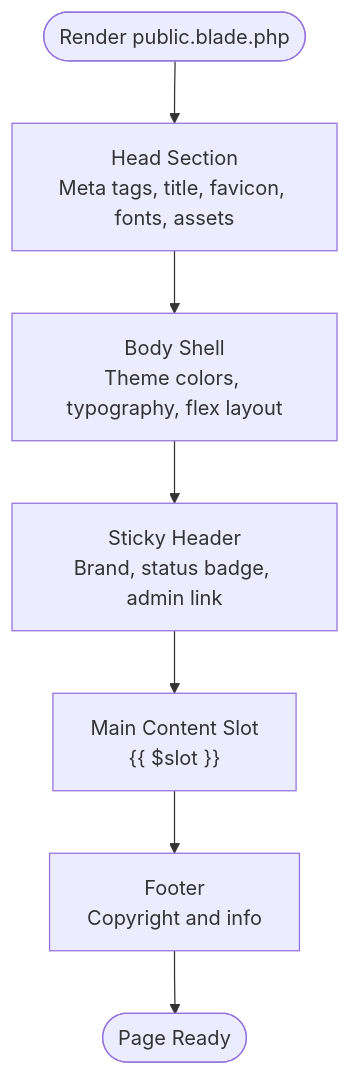
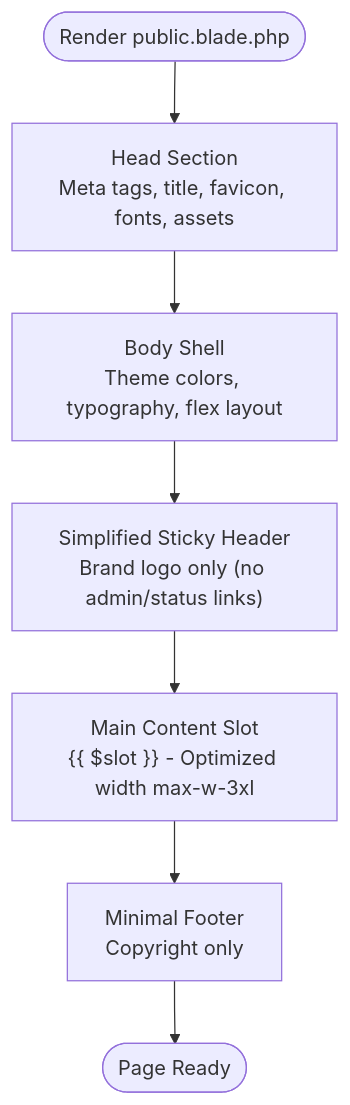
Before and after one commit to Dikksap/laravel_RsvHelmet: the third of 8 diagrams in .qoder/repowiki/en/content/Frontend Components/Blade Templates/Layout System.md, drawn with Mermaid. The commit also changed other lines of this file and 102 other files, not shown here.

````diff
--- a/.qoder/repowiki/en/content/Frontend Components/Blade Templates/Layout System.md
+++ b/.qoder/repowiki/en/content/Frontend Components/Blade Templates/Layout System.md
@@ -141,9 +151,9 @@
 ```mermaid
 flowchart TD
 Start(["Render public.blade.php"]) --> Head["Head Section<br/>Meta tags, title, favicon, fonts, assets"]
 Head --> Body["Body Shell<br/>Theme colors, typography, flex layout"]
-Body --> Header["Sticky Header<br/>Brand, status badge, admin link"]
-Header --> Main["Main Content Slot<br/>{{ $slot }}"]
-Main --> Footer["Footer<br/>Copyright and info"]
+Body --> Header["Simplified Sticky Header<br/>Brand logo only (no admin/status links)"]
+Header --> Main["Main Content Slot<br/>{{ $slot }} - Optimized width max-w-3xl"]
+Main --> Footer["Minimal Footer<br/>Copyright only"]
 Footer --> End(["Page Ready"])
 ```
````
